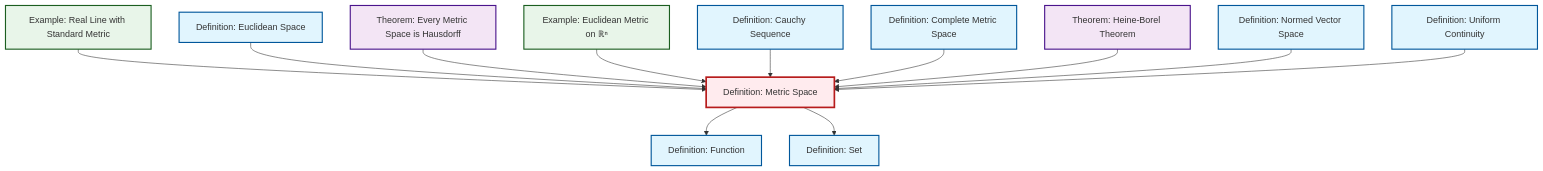
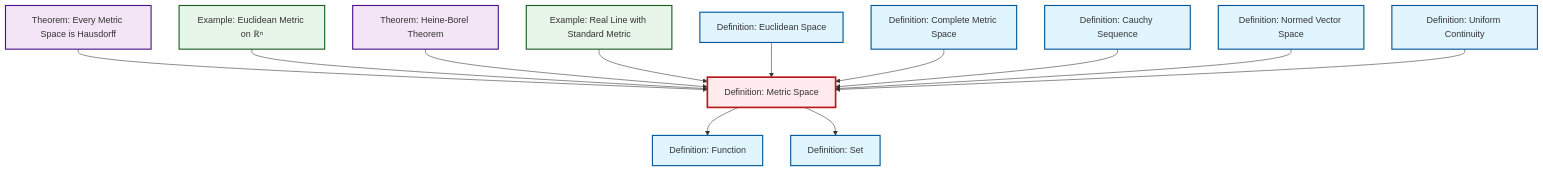
Before and after one commit to RK0429/ModernMath: the diagram in content/ja/analysis/def-metric-space.qmd, drawn with Mermaid. The commit also changed other lines of this file and 654 other files, not shown here.

````diff
--- a/content/ja/analysis/def-metric-space.qmd
+++ b/content/ja/analysis/def-metric-space.qmd
@@ -52,44 +54,44 @@
 ```{mermaid}
 %%| fig-cap: "Local dependency graph"
 graph TD
     classDef definition fill:#e1f5fe,stroke:#01579b,stroke-width:2px
     classDef theorem fill:#f3e5f5,stroke:#4a148c,stroke-width:2px
     classDef axiom fill:#fff3e0,stroke:#e65100,stroke-width:2px
     classDef example fill:#e8f5e9,stroke:#1b5e20,stroke-width:2px
     classDef current fill:#ffebee,stroke:#b71c1c,stroke-width:3px
     def-euclidean-space["Definition: Euclidean Space"]:::definition
-    thm-metric-hausdorff["Theorem: Every Metric Space is Hausdorff"]:::theorem
-    ex-real-line-metric["Example: Real Line with Standard Metric"]:::example
-    thm-heine-borel["Theorem: Heine-Borel Theorem"]:::theorem
-    def-cauchy-sequence["Definition: Cauchy Sequence"]:::definition
-    def-function["Definition: Function"]:::definition
+    def-set["Definition: Set"]:::definition
     def-metric-space["Definition: Metric Space"]:::definition
-    def-uniform-continuity["Definition: Uniform Continuity"]:::definition
-    def-complete-metric-space["Definition: Complete Metric Space"]:::definition
-    def-set["Definition: Set"]:::definition
     ex-euclidean-metric["Example: Euclidean Metric on ℝⁿ"]:::example
     def-normed-vector-space["Definition: Normed Vector Space"]:::definition
+    def-cauchy-sequence["Definition: Cauchy Sequence"]:::definition
+    def-complete-metric-space["Definition: Complete Metric Space"]:::definition
+    thm-heine-borel["Theorem: Heine-Borel Theorem"]:::theorem
+    def-function["Definition: Function"]:::definition
+    ex-real-line-metric["Example: Real Line with Standard Metric"]:::example
+    thm-metric-hausdorff["Theorem: Every Metric Space is Hausdorff"]:::theorem
+    def-uniform-continuity["Definition: Uniform Continuity"]:::definition
+    thm-metric-hausdorff --> def-metric-space
+    ex-euclidean-metric --> def-metric-space
+    thm-heine-borel --> def-metric-space
     def-metric-space --> def-function
     ex-real-line-metric --> def-metric-space
+    def-metric-space --> def-set
     def-euclidean-space --> def-metric-space
-    thm-metric-hausdorff --> def-metric-space
-    ex-euclidean-metric --> def-metric-space
+    def-complete-metric-space --> def-metric-space
     def-cauchy-sequence --> def-metric-space
-    def-complete-metric-space --> def-metric-space
-    thm-heine-borel --> def-metric-space
     def-normed-vector-space --> def-metric-space
-    def-metric-space --> def-set
     def-uniform-continuity --> def-metric-space
     class def-metric-space current
     click def-euclidean-space "def-euclidean-space.html" "Definition: Euclidean Spaceへ"
-    click thm-metric-hausdorff "thm-metric-hausdorff.html" "Theorem: Every Metric Space is Hausdorffへ"
-    click ex-real-line-metric "ex-real-line-metric.html" "Example: Real Line with Standard Metricへ"
-    click thm-heine-borel "thm-heine-borel.html" "Theorem: Heine-Borel Theoremへ"
-    click def-cauchy-sequence "def-cauchy-sequence.html" "Definition: Cauchy Sequenceへ"
-    click def-function "def-function.html" "Definition: Functionへ"
-    click def-uniform-continuity "def-uniform-continuity.html" "Definition: Uniform Continuityへ"
-    click def-complete-metric-space "def-complete-metric-space.html" "Definition: Complete Metric Spaceへ"
     click def-set "def-set.html" "Definition: Setへ"
     click ex-euclidean-metric "ex-euclidean-metric.html" "Example: Euclidean Metric on ℝⁿへ"
     click def-normed-vector-space "def-normed-vector-space.html" "Definition: Normed Vector Spaceへ"
+    click def-cauchy-sequence "def-cauchy-sequence.html" "Definition: Cauchy Sequenceへ"
+    click def-complete-metric-space "def-complete-metric-space.html" "Definition: Complete Metric Spaceへ"
+    click thm-heine-borel "thm-heine-borel.html" "Theorem: Heine-Borel Theoremへ"
+    click def-function "def-function.html" "Definition: Functionへ"
+    click ex-real-line-metric "ex-real-line-metric.html" "Example: Real Line with Standard Metricへ"
+    click thm-metric-hausdorff "thm-metric-hausdorff.html" "Theorem: Every Metric Space is Hausdorffへ"
+    click def-uniform-continuity "def-uniform-continuity.html" "Definition: Uniform Continuityへ"
 ```
````
